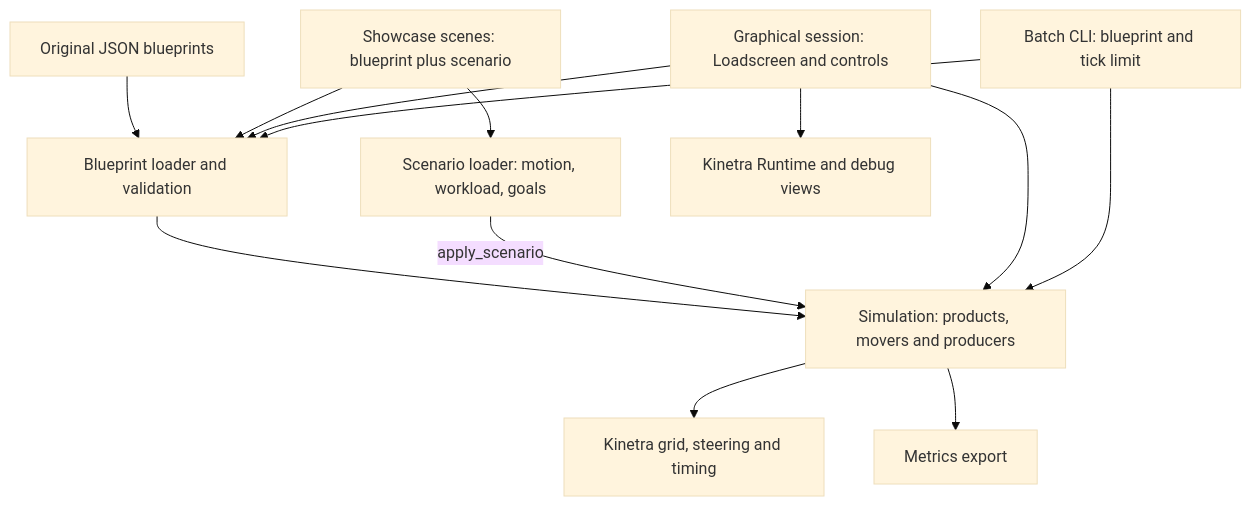
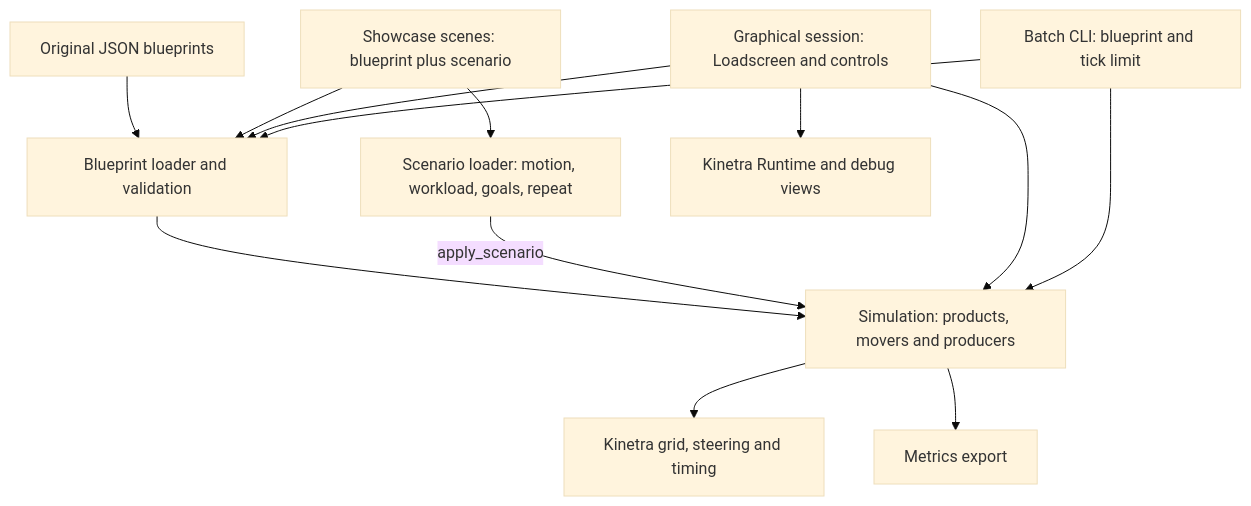
One commit to SMB-M87/Kinetra-Lab changed the diagram in labs/i4sim/README.md. Above: the diagram before and after it, drawn with Mermaid (base theme). The commit also changed other lines of this file and 5 other files, not shown here.

````diff
--- a/labs/i4sim/README.md
+++ b/labs/i4sim/README.md
@@ -22,15 +22,15 @@
 ```mermaid
 flowchart TD
     JSON["Original JSON blueprints"] --> Loader["Blueprint loader and validation"]
     Showcase["Showcase scenes: blueprint plus scenario"] --> Loader
-    Showcase --> Scenario["Scenario loader: motion, workload, goals"]
+    Showcase --> Scenario["Scenario loader: motion, workload, goals, repeat"]
     Loader --> Sim["Simulation: products, movers and producers"]
     Scenario -->|apply_scenario| Sim
     Session["Graphical session: Loadscreen and controls"] --> Loader
     Session --> Sim
     Batch["Batch CLI: blueprint and tick limit"] --> Loader
     Batch --> Sim
     Sim --> Engine["Kinetra grid, steering and timing"]
     Sim --> Metrics["Metrics export"]
     Session --> Runtime["Kinetra Runtime and debug views"]
 ```
````
